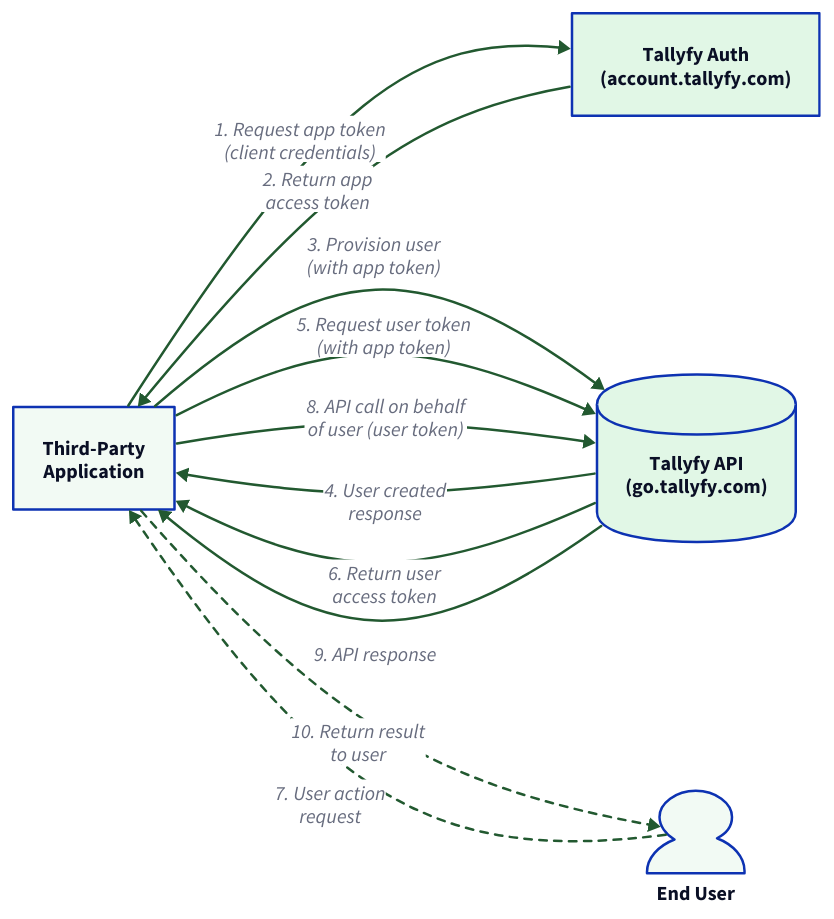
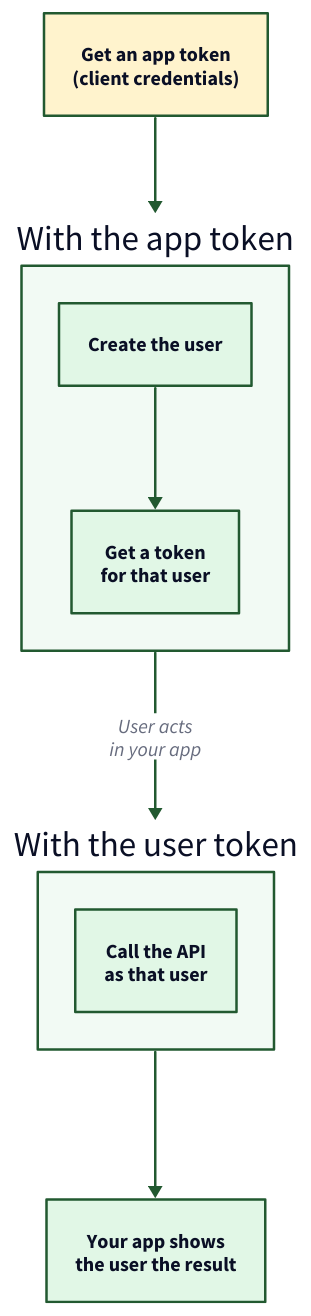
Before and after one commit to tallyfy/documentation: the diagram in src/content/docs/pro/integrations/open-api/access-api-as-a-third-party-application-instead-of-a-user.mdx, drawn with D2. The commit also changed 12 other files, not shown here.

First line of the commit message:
Redraw 14 diagrams on 13 help pages so their text reads at full size

````diff
--- a/src/content/docs/pro/integrations/open-api/access-api-as-a-third-party-application-instead-of-a-user.mdx
+++ b/src/content/docs/pro/integrations/open-api/access-api-as-a-third-party-application-instead-of-a-user.mdx
@@ -39,65 +39,51 @@
 ```d2
-direction: right
+# Third-party app: from client credentials to acting as a user
+direction: down
 
-App: "Third-Party\nApplication" {
-  shape: rectangle
-  style.fill: "#f2faf4"
-}
-
-Auth: "Tallyfy Auth\n(account.tallyfy.com)" {
-  shape: rectangle
-  style.fill: "#e1f7e6"
-}
-
-API: "Tallyfy API\n(go.tallyfy.com)" {
-  shape: cylinder
-  style.fill: "#e1f7e6"
-}
-
-User: "End User" {
-  shape: person
-  style.fill: "#f2faf4"
-}
-
-App -> Auth: "1. Request app token\n(client credentials)" {
+Get: "Get an app token\n(client credentials)" {
+  style.fill: "#fff3cd"
   style.stroke: "#225930"
 }
 
-Auth -> App: "2. Return app\naccess token" {
+AppToken: "With the app token" {
+  style.fill: "#f2faf4"
+  style.stroke: "#225930"
+
+  Create: "Create the user" {
+    style.fill: "#e1f7e6"
+    style.stroke: "#225930"
+  }
+  UserToken: "Get a token\nfor that user" {
+    style.fill: "#e1f7e6"
+    style.stroke: "#225930"
+  }
+  Create -> UserToken: {
+    style.stroke: "#225930"
+  }
+}
+
+UserTok: "With the user token" {
+  style.fill: "#f2faf4"
+  style.stroke: "#225930"
+
+  Call: "Call the API\nas that user" {
+    style.fill: "#e1f7e6"
+    style.stroke: "#225930"
+  }
+}
+
+Result: "Your app shows\nthe user the result" {
+  style.fill: "#e1f7e6"
   style.stroke: "#225930"
 }
 
-App -> API: "3. Provision user\n(with app token)" {
+Get -> AppToken: {
   style.stroke: "#225930"
 }
-
-API -> App: "4. User created\nresponse" {
+AppToken -> UserTok: "User acts\nin your app" {
   style.stroke: "#225930"
 }
-
-App -> API: "5. Request user token\n(with app token)" {
+UserTok -> Result: {
   style.stroke: "#225930"
 }
-
-API -> App: "6. Return user\naccess token" {
-  style.stroke: "#225930"
-}
-
-User -> App: "7. User action\nrequest" {
-  style.stroke: "#225930"
-  style.stroke-dash: 3
-}
-
-App -> API: "8. API call on behalf\nof user (user token)" {
-  style.stroke: "#225930"
-}
-
-API -> App: "9. API response" {
-  style.stroke: "#225930"
-}
-
-App -> User: "10. Return result\nto user" {
-  style.stroke: "#225930"
-  style.stroke-dash: 3
-}
 ```
````
